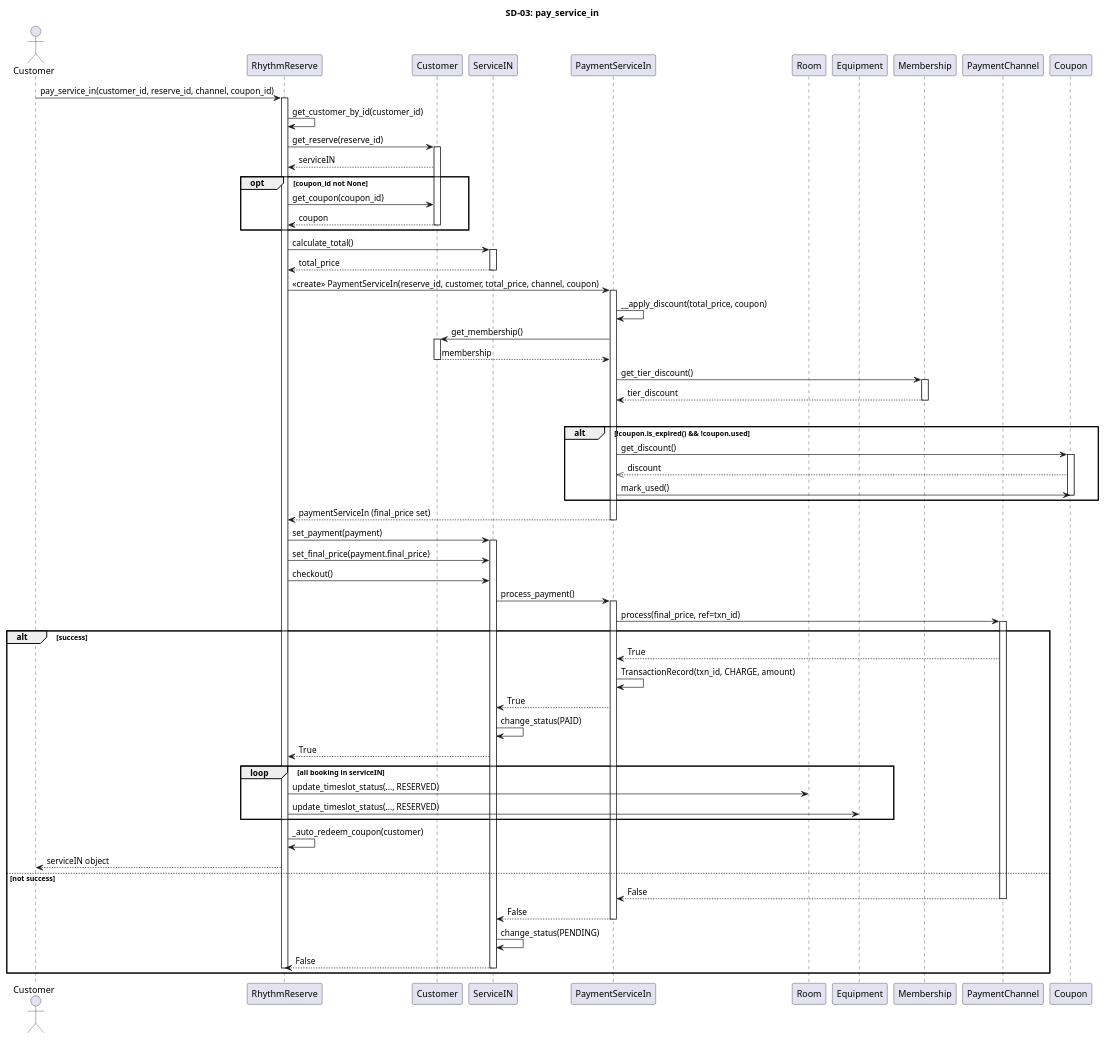
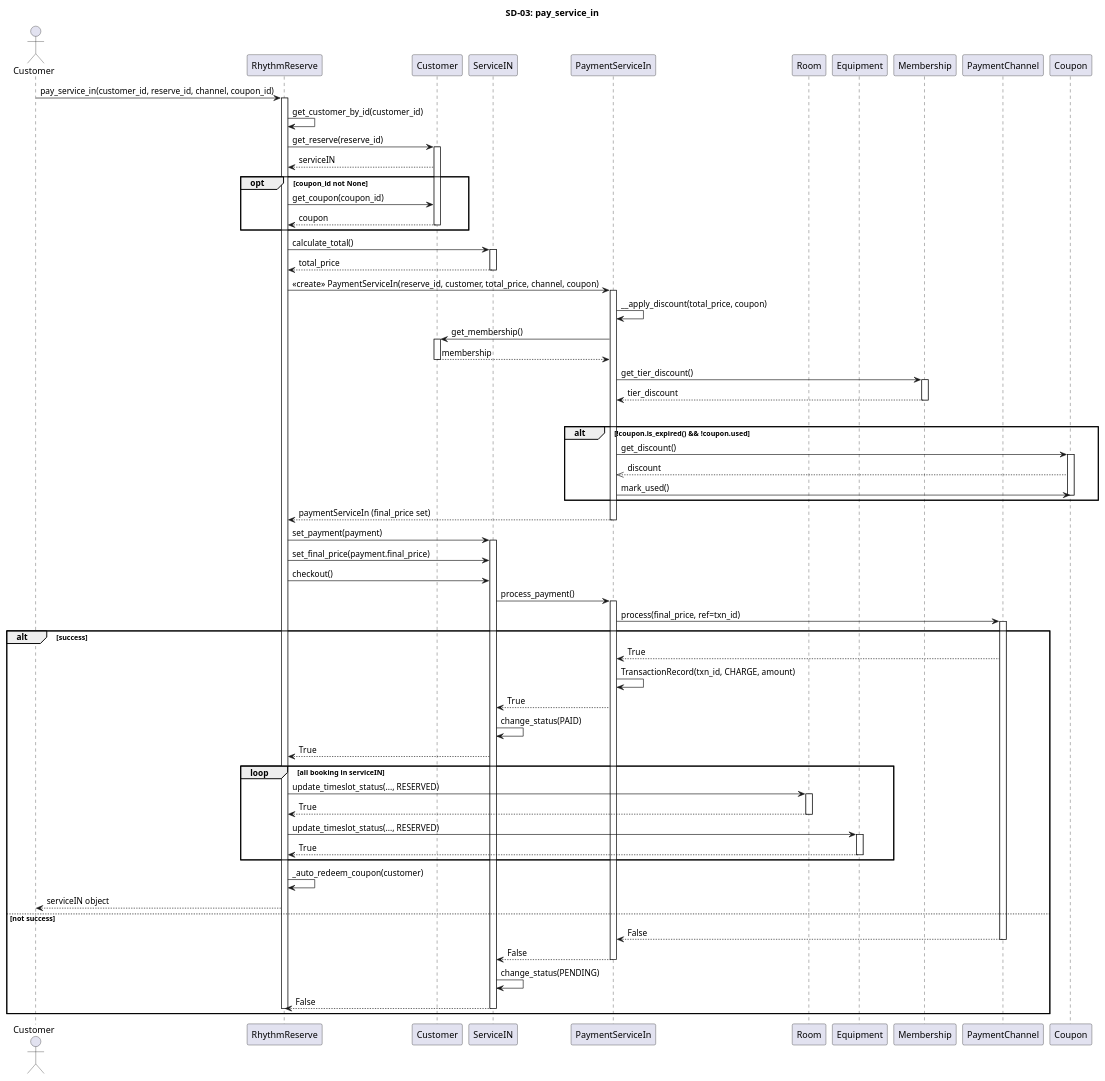
Before and after one commit to pjngth998/RhythmReserve: the diagram in diagram/sequence_diagram/9final_sequence/sd_03_pay_service_in.puml, drawn with PlantUML. The commit also changed 4 other files, not shown here.

```diff
--- a/diagram/sequence_diagram/9final_sequence/sd_03_pay_service_in.puml
+++ b/diagram/sequence_diagram/9final_sequence/sd_03_pay_service_in.puml
@@ -1,94 +1,100 @@
 @startuml
 title SD-03: pay_service_in
 
 actor Customer as C
 participant "RhythmReserve" as RR
 participant "Customer" as CUS
 participant "ServiceIN" as SIN
 participant "PaymentServiceIn" as PSIN
 participant "Room" as R
 participant "Equipment" as Eq
 participant "Membership" as MB
 participant "PaymentChannel" as CHAN
 participant "Coupon" as CPN
 
 C -> RR : pay_service_in(customer_id, reserve_id, channel, coupon_id)
 activate RR
 
 RR -> RR : get_customer_by_id(customer_id)
 RR -> CUS : get_reserve(reserve_id)
 activate CUS
 CUS --> RR : serviceIN
 
 opt coupon_id not None
     RR -> CUS : get_coupon(coupon_id)
     CUS --> RR : coupon
     deactivate CUS
 end
 
 RR -> SIN : calculate_total()
 activate SIN
 SIN --> RR : total_price
 deactivate SIN
 
 RR -> PSIN : <<create>> PaymentServiceIn(reserve_id, customer, total_price, channel, coupon)
 activate PSIN
 
 PSIN -> PSIN : __apply_discount(total_price, coupon)
 PSIN -> CUS : get_membership()
 activate CUS
 CUS --> PSIN : membership
 deactivate CUS
 PSIN -> MB : get_tier_discount()
 activate MB
 MB --> PSIN : tier_discount
 deactivate MB
 
 
 
 opt coupon is not None
     alt !coupon.is_expired() && !coupon.used
         PSIN -> CPN : get_discount()
         activate CPN
         CPN -->> PSIN : discount
         PSIN -> CPN : mark_used()
         deactivate CPN
 end
 
 PSIN --> RR : paymentServiceIn (final_price set)
 deactivate PSIN
 
 RR -> SIN : set_payment(payment)
 activate SIN
 RR -> SIN : set_final_price(payment.final_price)
 
 RR -> SIN : checkout()
 SIN -> PSIN : process_payment()
 activate PSIN
 PSIN -> CHAN : process(final_price, ref=txn_id)
 activate CHAN
 alt success
     CHAN --> PSIN : True
     PSIN -> PSIN : TransactionRecord(txn_id, CHARGE, amount)
     PSIN --> SIN : True
     SIN -> SIN : change_status(PAID)
     SIN --> RR : True
     loop all booking in serviceIN
         RR -> R : update_timeslot_status(..., RESERVED)
+        activate R
+        R --> RR : True
+        deactivate R
         RR -> Eq : update_timeslot_status(..., RESERVED)
+        activate Eq
+        Eq --> RR : True
+        deactivate Eq
     end
 
     RR -> RR : _auto_redeem_coupon(customer)
     RR --> C : serviceIN object
 else not success
     CHAN --> PSIN : False
     deactivate CHAN
     PSIN --> SIN : False
     deactivate PSIN
     SIN -> SIN : change_status(PENDING)
     SIN --> RR : False
     deactivate SIN
     deactivate RR
 end
 
 @enduml
```
